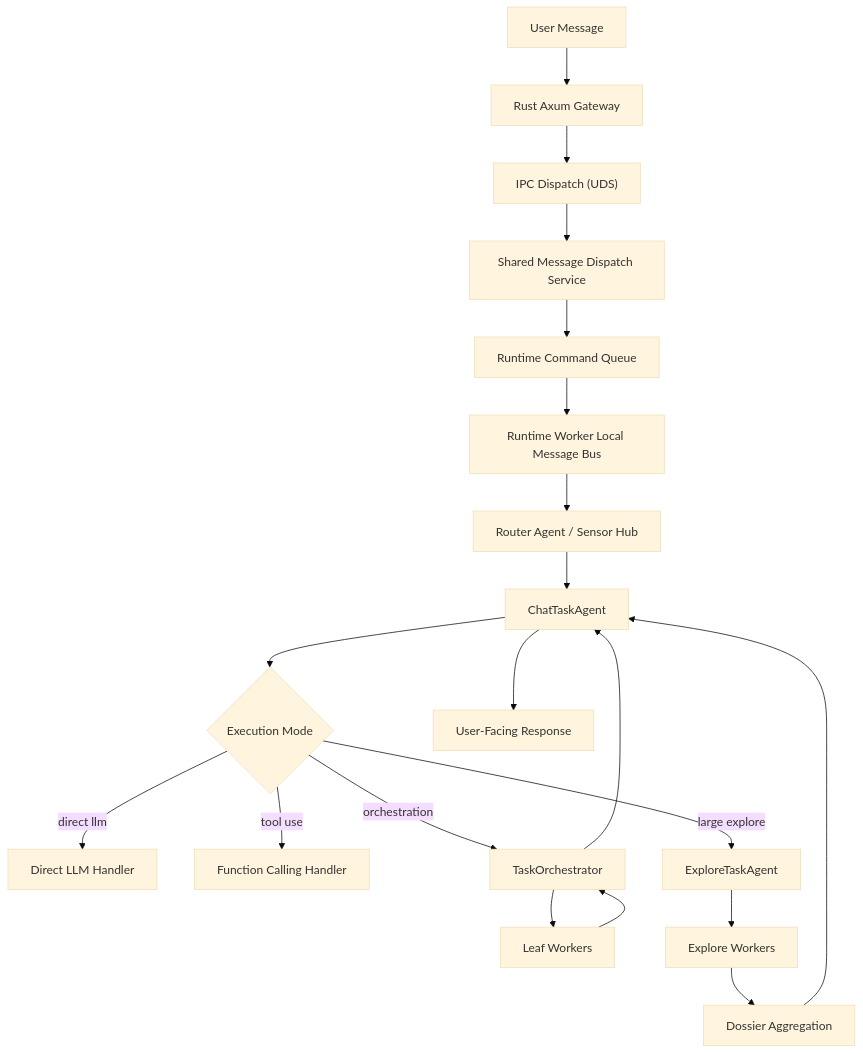
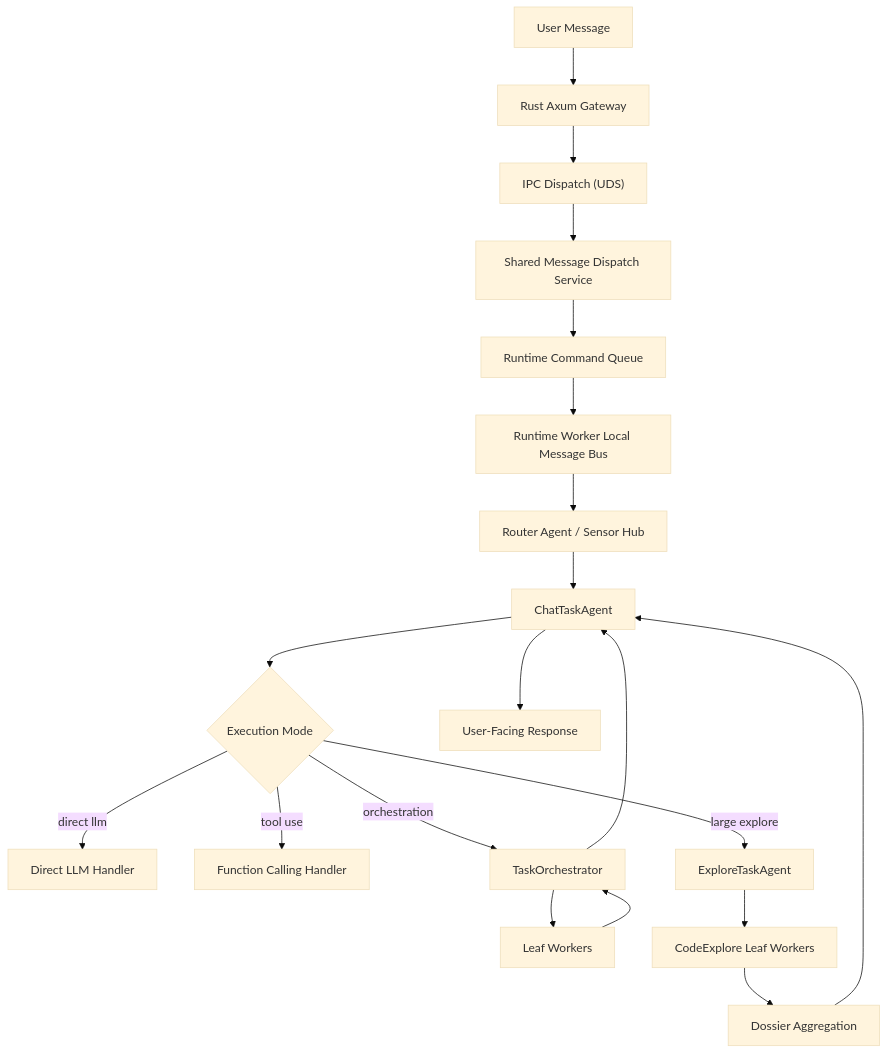
Before and after one commit to asukaonly/magi: the diagram in docs/task-agent-runtime-architecture.md, drawn with Mermaid (base theme). The commit also changed other lines of this file and 30 other files, not shown here.

Commit message:
fix: clarify code exploration workers

````diff
--- a/docs/task-agent-runtime-architecture.md
+++ b/docs/task-agent-runtime-architecture.md
@@ -164,26 +164,26 @@
 ```mermaid
 flowchart TD
     U["User Message"] --> G["Rust Axum Gateway"]
     G --> IPC["IPC Dispatch (UDS)"]
     IPC --> D["Shared Message Dispatch Service"]
     D --> Q["Runtime Command Queue"]
     Q --> B["Runtime Worker Local Message Bus"]
     B --> R["Router Agent / Sensor Hub"]
     R --> C["ChatTaskAgent"]
 
     C --> M{"Execution Mode"}
     M -->|direct llm| L["Direct LLM Handler"]
     M -->|tool use| F["Function Calling Handler"]
     M -->|orchestration| O["TaskOrchestrator"]
     M -->|large explore| X["ExploreTaskAgent"]
 
     O --> W["Leaf Workers"]
     W --> O
     O --> C
 
-    X --> XW["Explore Workers"]
+    X --> XW["CodeExplore Leaf Workers"]
     XW --> XA["Dossier Aggregation"]
     XA --> C
 
     C --> A["User-Facing Response"]
 ```
````
